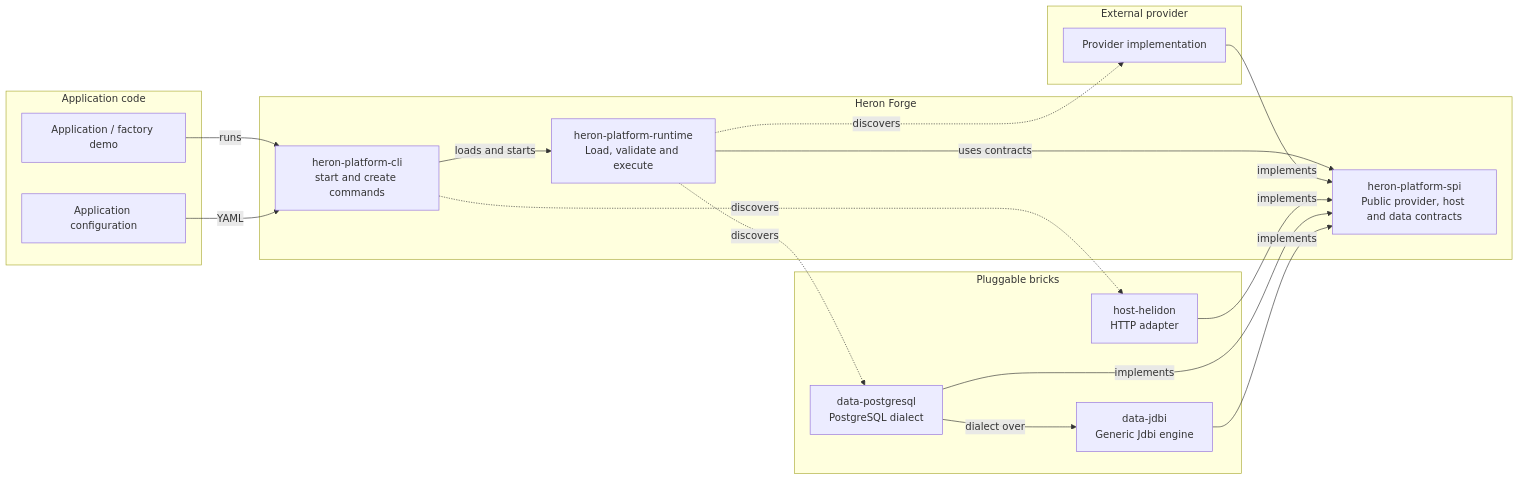
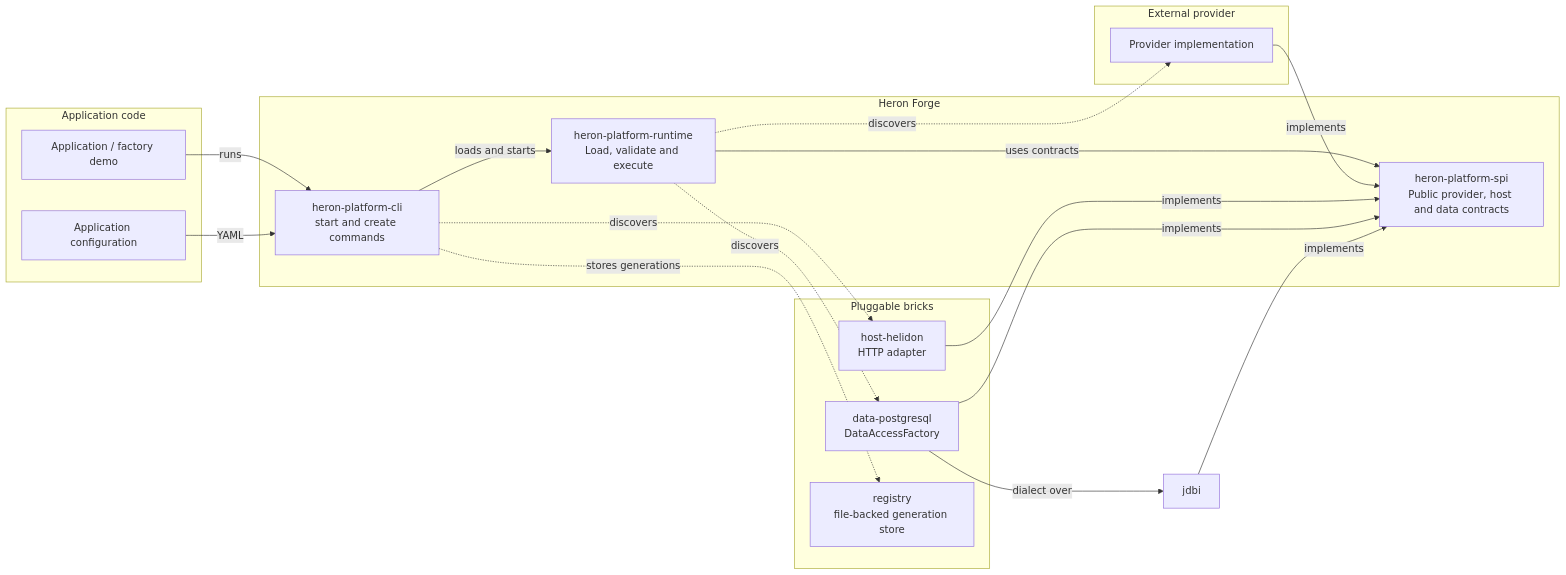
One commit to Hogwai/heron-forge changed the first of 2 diagrams in README.md. Above: the diagram before and after it, drawn with Mermaid. The commit also changed other lines of this file, not shown here.

````diff
--- a/README.md
+++ b/README.md
@@ -10,36 +10,37 @@
 ```mermaid
 flowchart LR
     subgraph ApplicationCode [Application code]
         app["Application / factory demo"]
         appConfig["Application configuration"]
     end
 
     subgraph HeronForge [Heron Forge]
         cli["heron-platform-cli<br/>start and create commands"]
         runtime["heron-platform-runtime<br/>Load, validate and execute"]
         spi["heron-platform-spi<br/>Public provider, host and data contracts"]
     end
 
     subgraph Bricks [Pluggable bricks]
         host["host-helidon<br/>HTTP adapter"]
-        data["data-postgresql<br/>PostgreSQL dialect"]
-        jdbi["data-jdbi<br/>Generic Jdbi engine"]
+        data["data-postgresql<br/>DataAccessFactory"]
+        registry["registry<br/>file-backed generation store"]
     end
 
     subgraph ProviderCode [External provider]
         provider["Provider implementation"]
     end
 
     app -->|"runs"| cli
     appConfig -->|"YAML"| cli
     cli -->|"loads and starts"| runtime
     cli -.->|"discovers"| host
+    cli -.->|"stores generations"| registry
     runtime -->|"uses contracts"| spi
     runtime -.->|"discovers"| provider
     provider -->|"implements"| spi
     host -->|"implements"| spi
     data -->|"implements"| spi
     data -->|"dialect over"| jdbi
     jdbi -->|"implements"| spi
     runtime -.->|"discovers"| data
 ```
````
